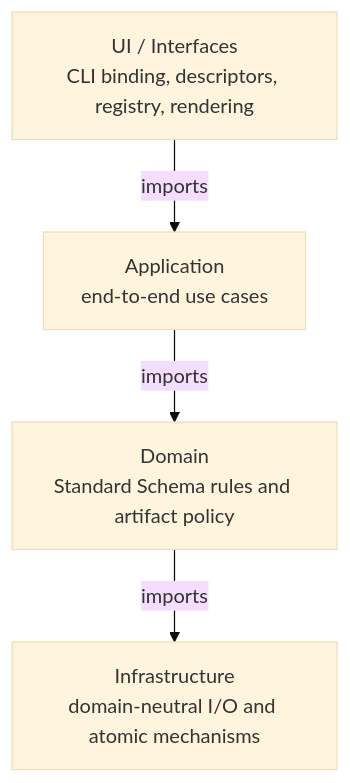
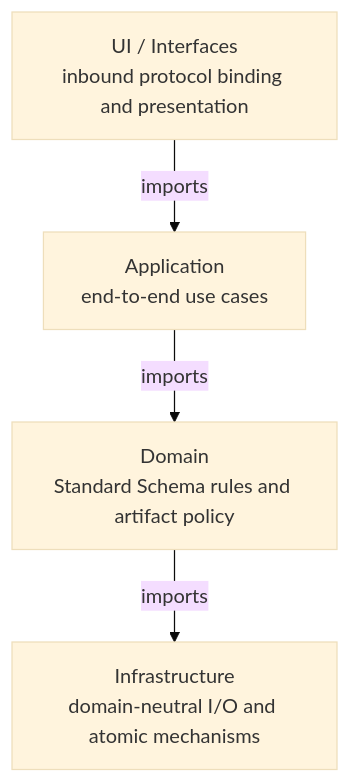
Before and after one commit to aigengame/godot-agent: the second of 3 diagrams in libs/gda-balancing/docs/ARCHITECTURE.md, drawn with Mermaid (base theme). The commit also changed other lines of this file and 3 other files, not shown here.

Commit message:
docs(gda-balancing): define local HTTP execution architecture

````diff
--- a/libs/gda-balancing/docs/ARCHITECTURE.md
+++ b/libs/gda-balancing/docs/ARCHITECTURE.md
@@ -589,11 +590,11 @@
 ```mermaid
 flowchart TB
-    I["UI / Interfaces<br/>CLI binding, descriptors, registry, rendering"]
+    I["UI / Interfaces<br/>inbound protocol binding and presentation"]
     A["Application<br/>end-to-end use cases"]
     D["Domain<br/>Standard Schema rules and artifact policy"]
     N["Infrastructure<br/>domain-neutral I/O and atomic mechanisms"]
 
     I -->|imports| A
     A -->|imports| D
     D -->|imports| N
 ```
````
